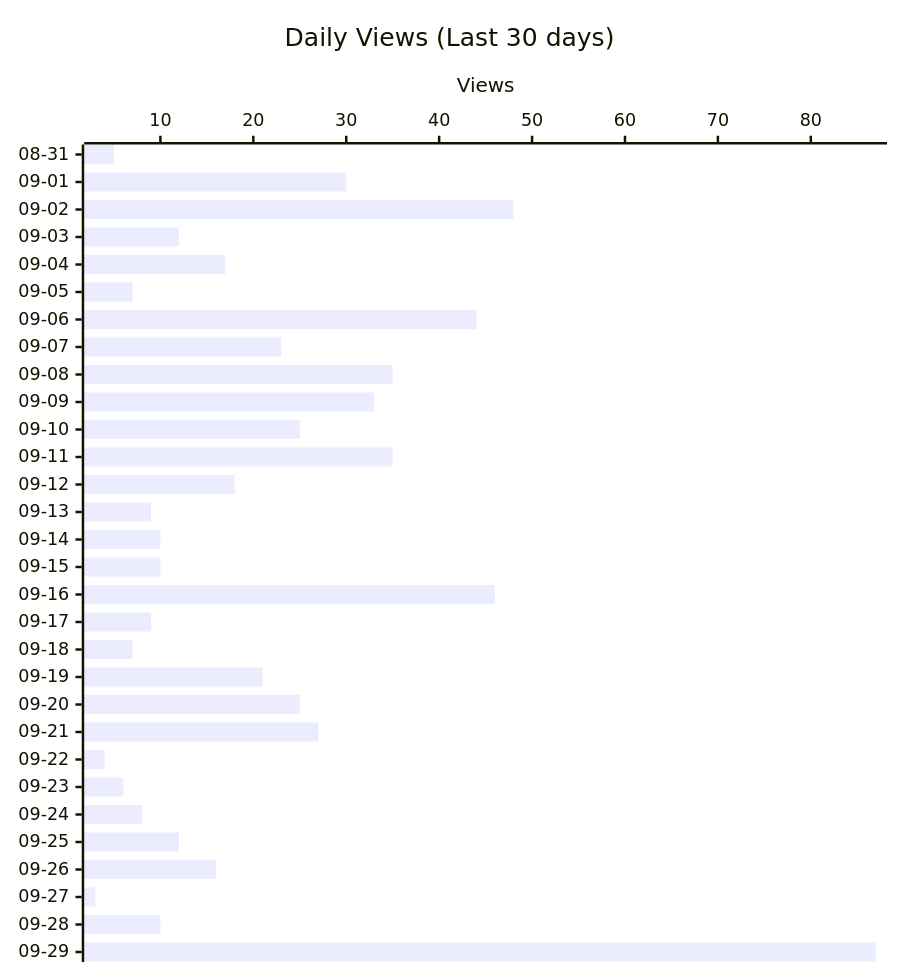
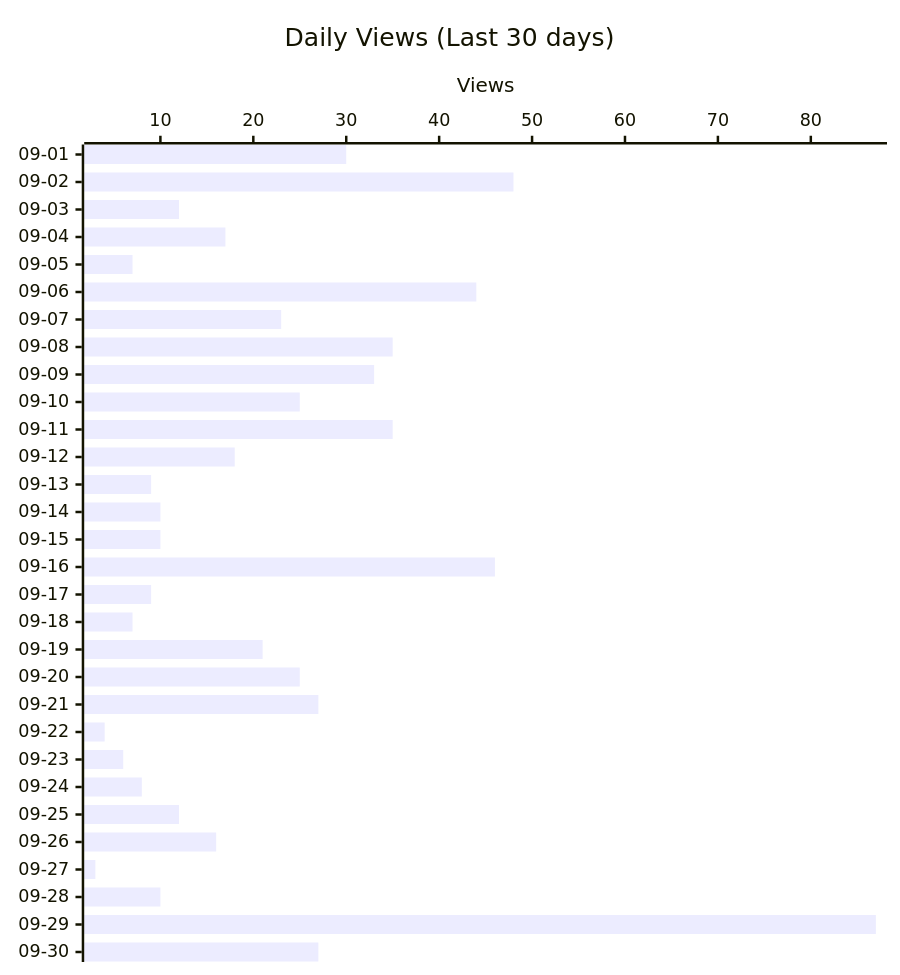
One commit to shigechika/github-insights changed the second of 4 diagrams in README.md. Above: the diagram before and after it, drawn with Mermaid. The commit also changed other lines of this file and 2 other files, not shown here.

````diff
--- a/README.md
+++ b/README.md
@@ -28,12 +28,12 @@
 ```mermaid
 ---
 config:
   xyChart:
     height: 760
 ---
 xychart-beta horizontal
     title "Daily Views (Last 30 days)"
-    x-axis ["08-31", "09-01", "09-02", "09-03", "09-04", "09-05", "09-06", "09-07", "09-08", "09-09", "09-10", "09-11", "09-12", "09-13", "09-14", "09-15", "09-16", "09-17", "09-18", "09-19", "09-20", "09-21", "09-22", "09-23", "09-24", "09-25", "09-26", "09-27", "09-28", "09-29"]
+    x-axis ["09-01", "09-02", "09-03", "09-04", "09-05", "09-06", "09-07", "09-08", "09-09", "09-10", "09-11", "09-12", "09-13", "09-14", "09-15", "09-16", "09-17", "09-18", "09-19", "09-20", "09-21", "09-22", "09-23", "09-24", "09-25", "09-26", "09-27", "09-28", "09-29", "09-30"]
     y-axis "Views"
-    bar [5, 30, 48, 12, 17, 7, 44, 23, 35, 33, 25, 35, 18, 9, 10, 10, 46, 9, 7, 21, 25, 27, 4, 6, 8, 12, 16, 3, 10, 87]
+    bar [30, 48, 12, 17, 7, 44, 23, 35, 33, 25, 35, 18, 9, 10, 10, 46, 9, 7, 21, 25, 27, 4, 6, 8, 12, 16, 3, 10, 87, 27]
 ```
````
